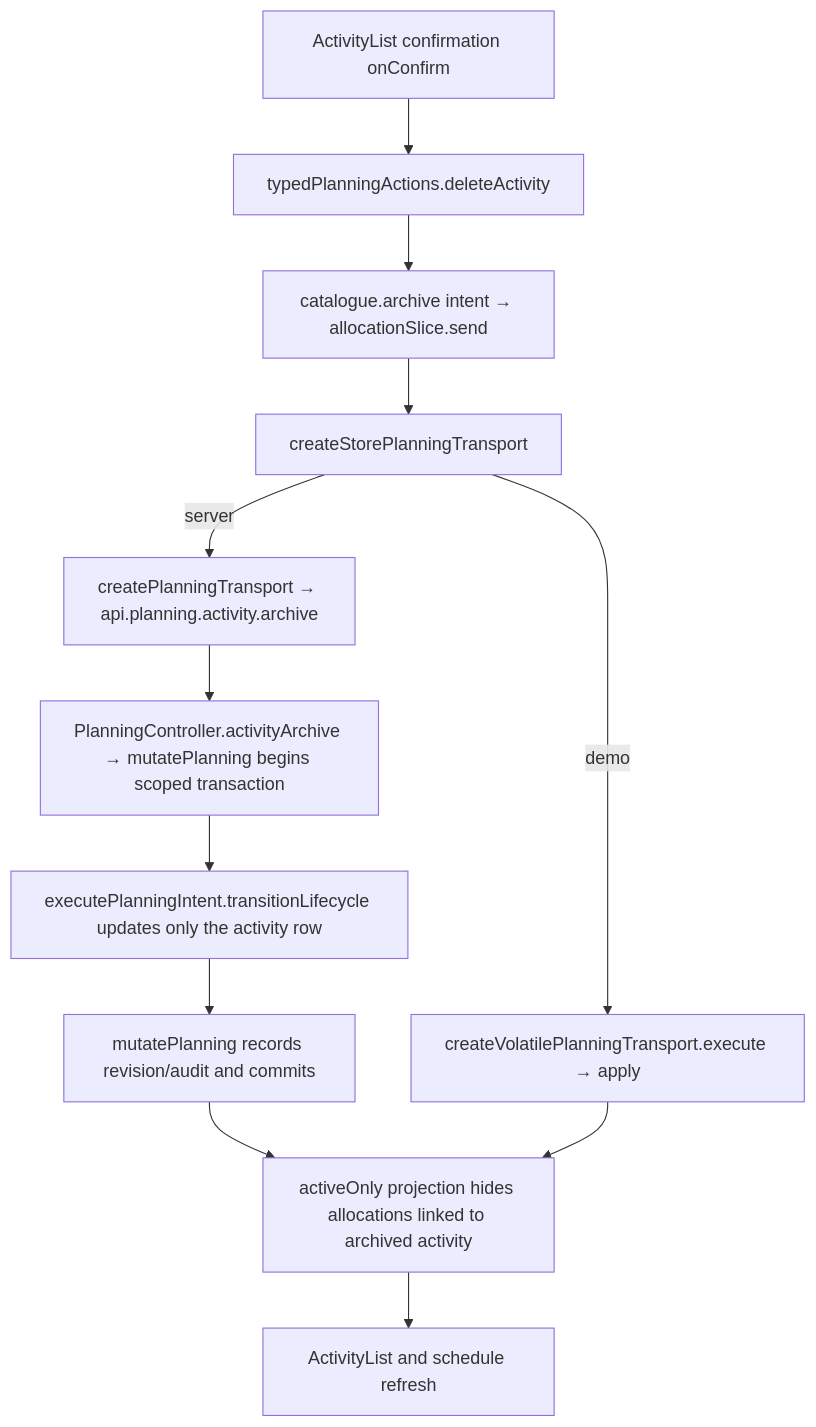
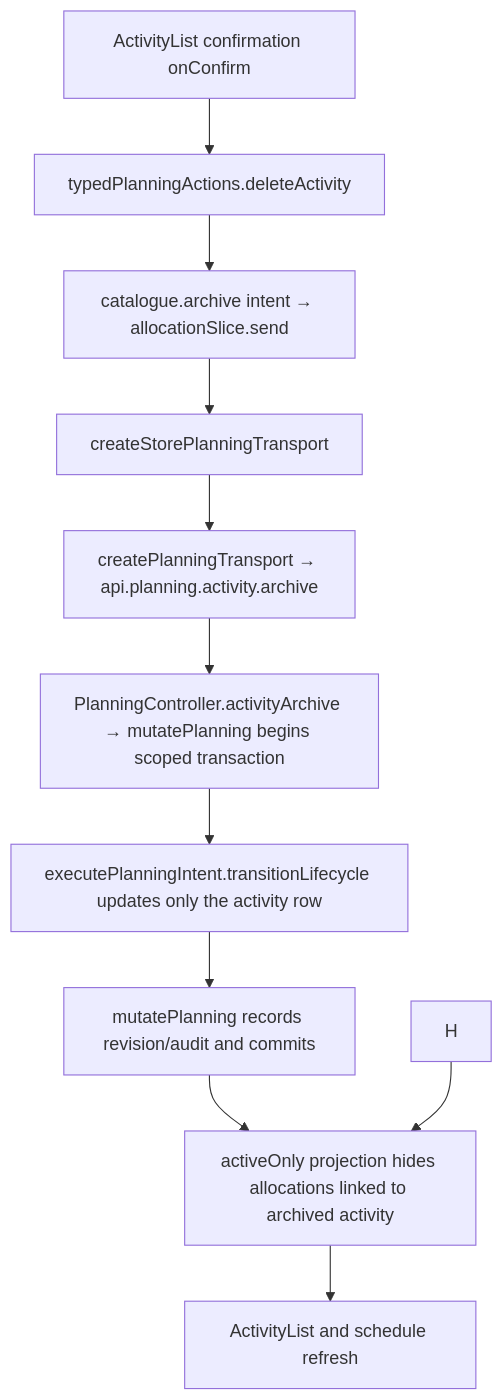
The second of 2 diagrams in user-stories/activities/US-ACT-04-delete-activity-cascade.md (Kevinjohn/capacitylens), drawn with Mermaid before and after one commit. The commit also changed other lines of this file and 343 other files, not shown here.

Commit message:
feat: use server-owned company planning and a disposable development demo

````diff
--- a/user-stories/activities/US-ACT-04-delete-activity-cascade.md
+++ b/user-stories/activities/US-ACT-04-delete-activity-cascade.md
@@ -30,9 +30,8 @@
 ```mermaid
 flowchart TD
   A["ActivityList confirmation onConfirm"] --> B["typedPlanningActions.deleteActivity"] --> C["catalogue.archive intent → allocationSlice.send"]
   C --> D["createStorePlanningTransport"]
-  D -->|server| E["createPlanningTransport → api.planning.activity.archive"] --> F["PlanningController.activityArchive → mutatePlanning begins scoped transaction"] --> G["executePlanningIntent.transitionLifecycle updates only the activity row"] --> K["mutatePlanning records revision/audit and commits"]
-  D -->|demo| H["createVolatilePlanningTransport.execute → apply"]
+  D --> E["createPlanningTransport → api.planning.activity.archive"] --> F["PlanningController.activityArchive → mutatePlanning begins scoped transaction"] --> G["executePlanningIntent.transitionLifecycle updates only the activity row"] --> K["mutatePlanning records revision/audit and commits"]
   K --> L["activeOnly projection hides allocations linked to archived activity"] --> I["ActivityList and schedule refresh"]
   H --> L
 ```
````
